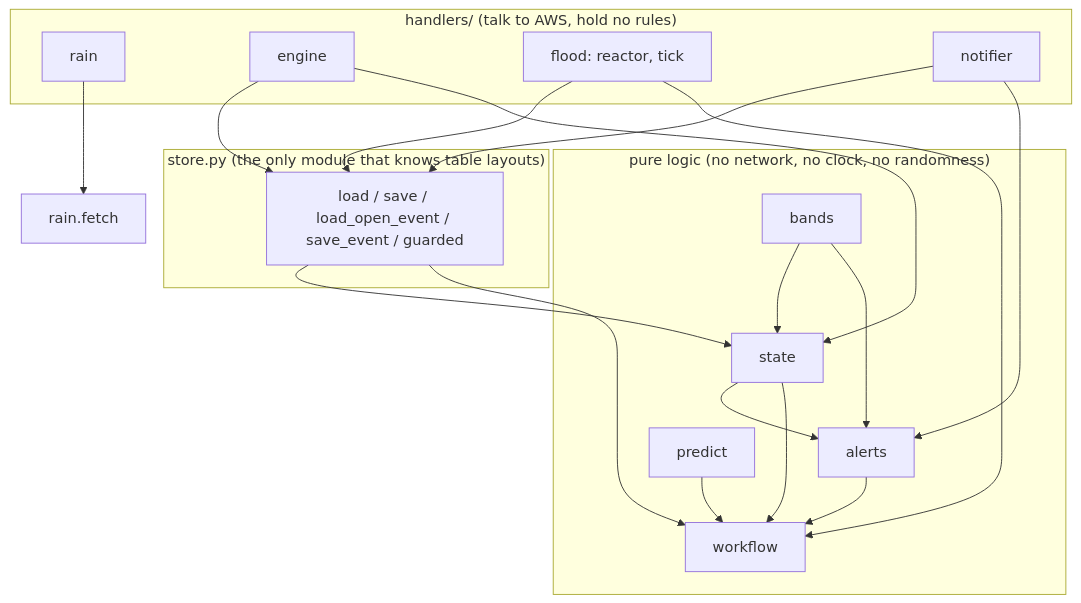
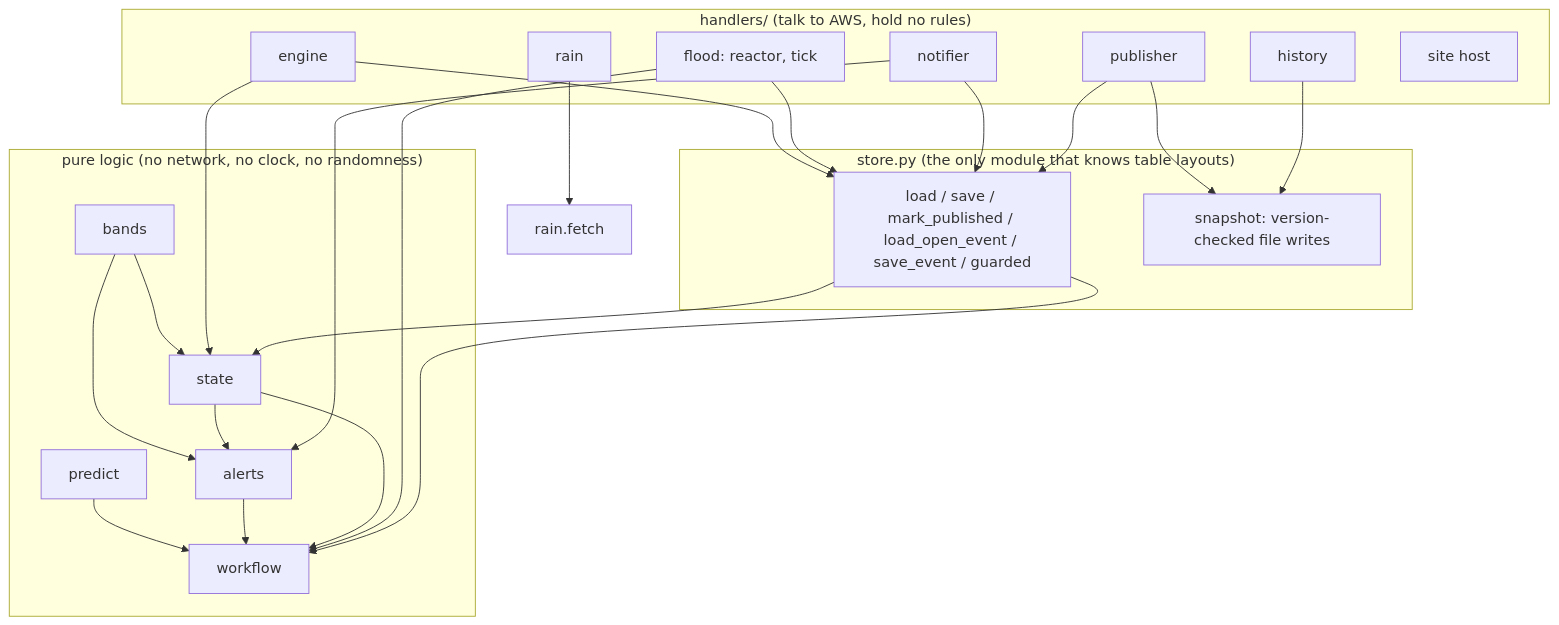
Before and after one commit to ravithejanaini/NirmalDhara: the first of 6 diagrams in DESIGN.md, drawn with Mermaid. The commit also changed other lines of this file and 3 other files, not shown here.

````diff
--- a/DESIGN.md
+++ b/DESIGN.md
@@ -46,21 +55,23 @@
 ```mermaid
 flowchart TB
   subgraph H["handlers/  (talk to AWS, hold no rules)"]
-    HR[rain] ; HE[engine] ; HF[flood: reactor, tick] ; HN[notifier]
+    HR[rain] ; HE[engine] ; HF[flood: reactor, tick] ; HN[notifier] ; HP[publisher] ; HH[history] ; HS[site host]
   end
   subgraph S["store.py  (the only module that knows table layouts)"]
-    ST[load / save / load_open_event / save_event / guarded]
+    ST[load / save / mark_published / load_open_event / save_event / guarded]
+    SN[snapshot: version-checked file writes]
   end
   subgraph P["pure logic  (no network, no clock, no randomness)"]
     B[bands] --> STA[state]
     B --> AL[alerts]
     STA --> AL
     PR[predict] --> WF[workflow]
     AL --> WF
     STA --> WF
   end
   HR --> RN[rain.fetch]
   HE --> ST ; HF --> ST ; HN --> ST
   HE --> STA ; HF --> WF ; HN --> AL
+  HP --> ST ; HP --> SN ; HH --> SN
   ST --> STA ; ST --> WF
 ```
````
